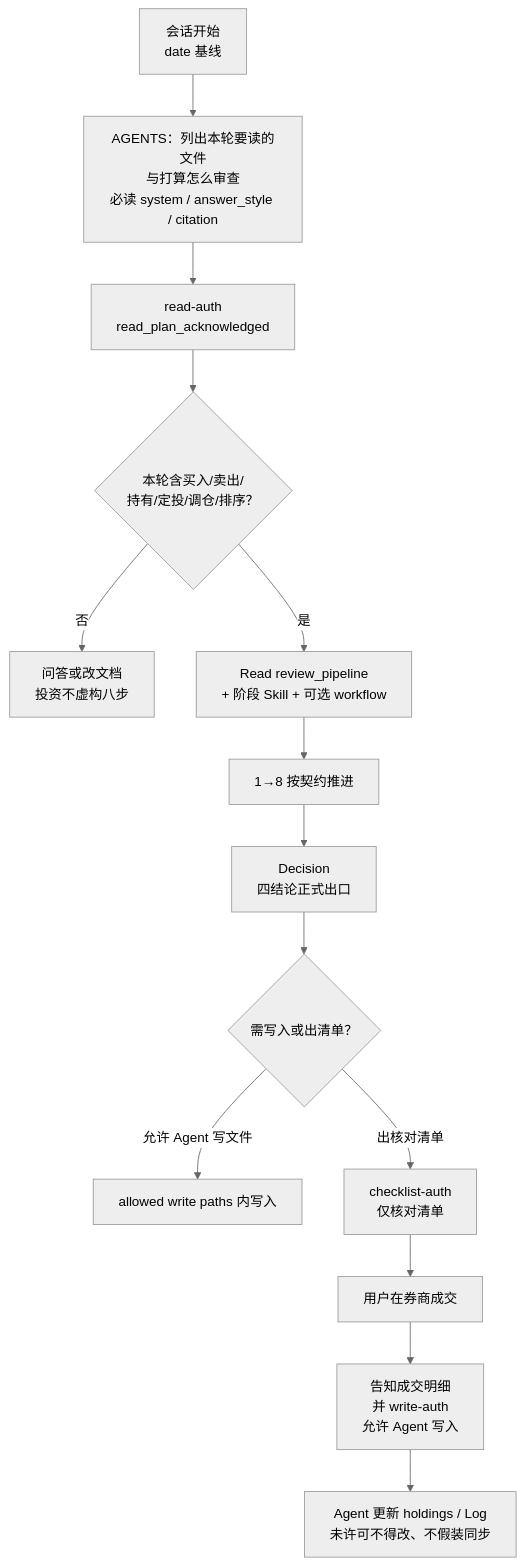
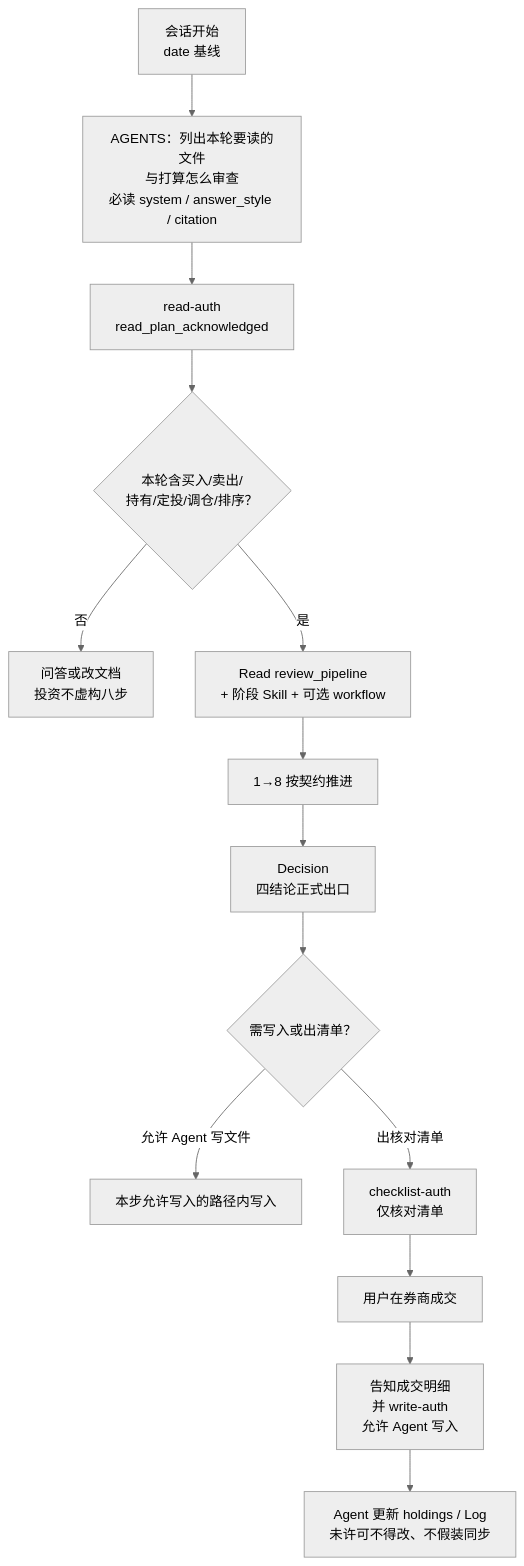
Before and after one commit to Meta11ic0/PIOS: the second of 4 diagrams in ARCHITECTURE.md, drawn with Mermaid (neutral theme). The commit also changed other lines of this file, not shown here.

````diff
--- a/ARCHITECTURE.md
+++ b/ARCHITECTURE.md
@@ -231,16 +187,16 @@
 ```mermaid
 flowchart TD
   S["会话开始<br/>date 基线"] --> Load["AGENTS：列出本轮要读的文件<br/>与打算怎么审查<br/>必读 system / answer_style / citation"]
   Load --> A1["read-auth<br/>read_plan_acknowledged"]
   A1 --> Need{"本轮含买入/卖出/<br/>持有/定投/调仓/排序？"}
   Need -->|否| Other["问答或改文档<br/>投资不虚构八步"]
   Need -->|是| RP["Read review_pipeline<br/>+ 阶段 Skill + 可选 workflow"]
   RP --> Eight["1→8 按契约推进"]
   Eight --> Dec["Decision<br/>四结论正式出口"]
   Dec --> Auth{"需写入或出清单？"}
-  Auth -->|允许 Agent 写文件| Write["allowed write paths 内写入"]
+  Auth -->|允许 Agent 写文件| Write["本步允许写入的路径内写入"]
   Auth -->|出核对清单| List["checklist-auth<br/>仅核对清单"]
   List --> User["用户在券商成交"]
   User --> Tell["告知成交明细<br/>并 write-auth<br/>允许 Agent 写入"]
   Tell --> Back["Agent 更新 holdings / Log<br/>未许可不得改、不假装同步"]
 ```
````
